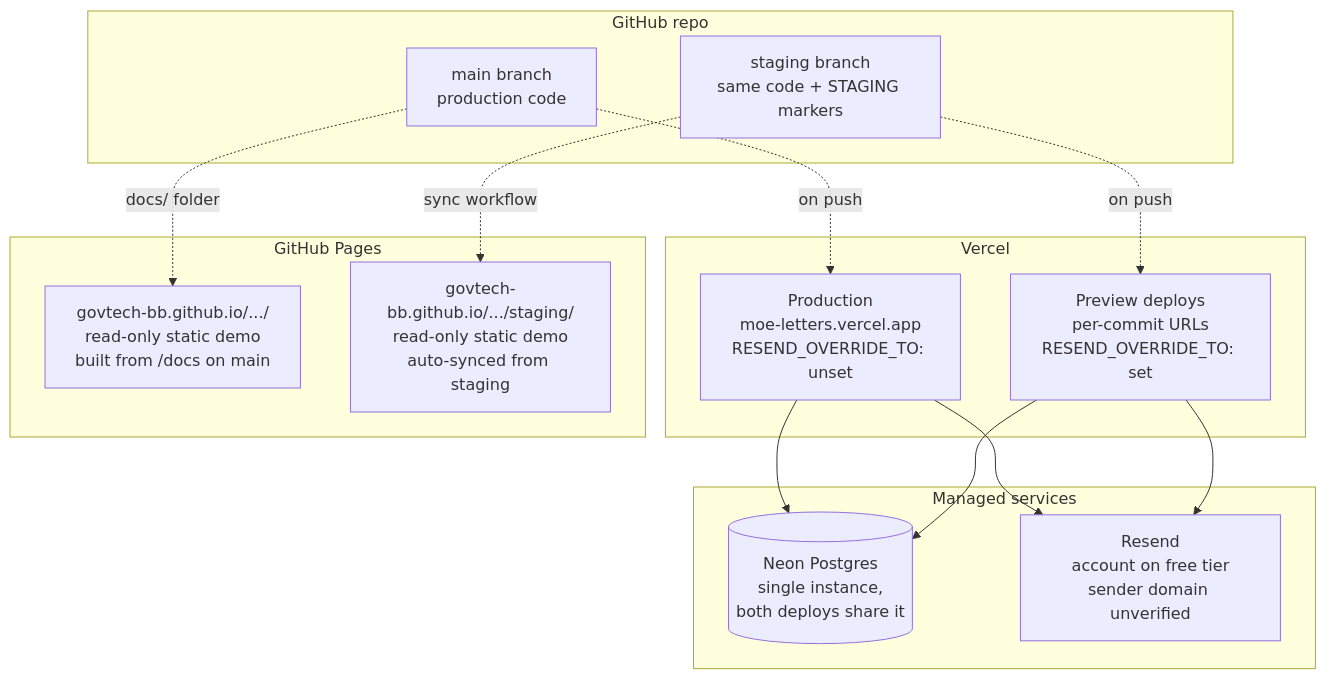
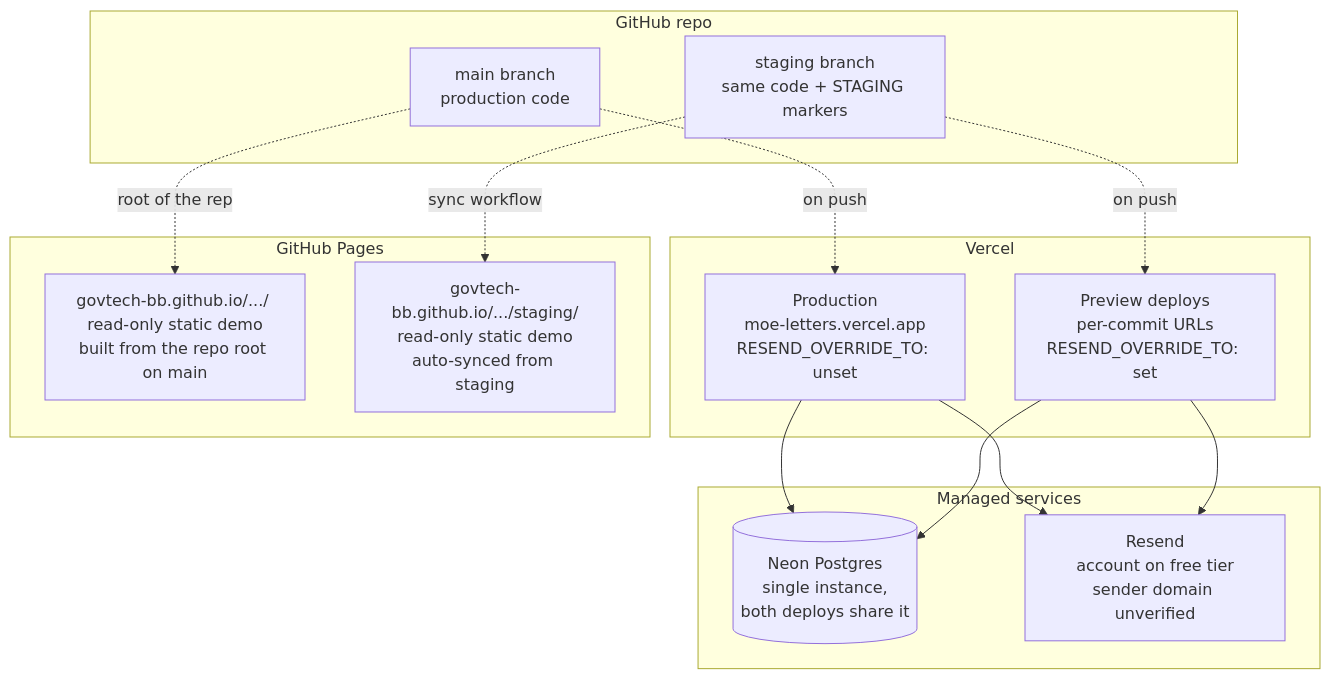
One commit to govtech-bb/Get-a-job-letter-from-the-Ministry-of-Education changed the sixth of 6 diagrams in ARCHITECTURE.md. Above: the diagram before and after it, drawn with Mermaid. The commit also changed other lines of this file and 19 other files, not shown here.

````diff
--- a/ARCHITECTURE.md
+++ b/ARCHITECTURE.md
@@ -255,31 +255,31 @@
 ```mermaid
 flowchart TB
   subgraph github[GitHub repo]
     main[main branch<br/>production code]
     staging[staging branch<br/>same code + STAGING markers]
   end
 
   subgraph vercel[Vercel]
     prod[Production<br/>moe-letters.vercel.app<br/>RESEND_OVERRIDE_TO: unset]
     preview[Preview deploys<br/>per-commit URLs<br/>RESEND_OVERRIDE_TO: set]
   end
 
   subgraph ghpages[GitHub Pages]
-    pageprod[govtech-bb.github.io/.../ <br/>read-only static demo<br/>built from /docs on main]
+    pageprod[govtech-bb.github.io/.../ <br/>read-only static demo<br/>built from the repo root on main]
     pagestaging[govtech-bb.github.io/.../staging/<br/>read-only static demo<br/>auto-synced from staging]
   end
 
   subgraph external[Managed services]
     neon[(Neon Postgres<br/>single instance,<br/>both deploys share it)]
     resend[Resend<br/>account on free tier<br/>sender domain unverified]
   end
 
   main -.on push.-> prod
   staging -.on push.-> preview
-  main -.docs/ folder.-> pageprod
+  main -.root of the repo.-> pageprod
   staging -.sync workflow.-> pagestaging
   prod --> neon
   prod --> resend
   preview --> neon
   preview --> resend
 ```
````
